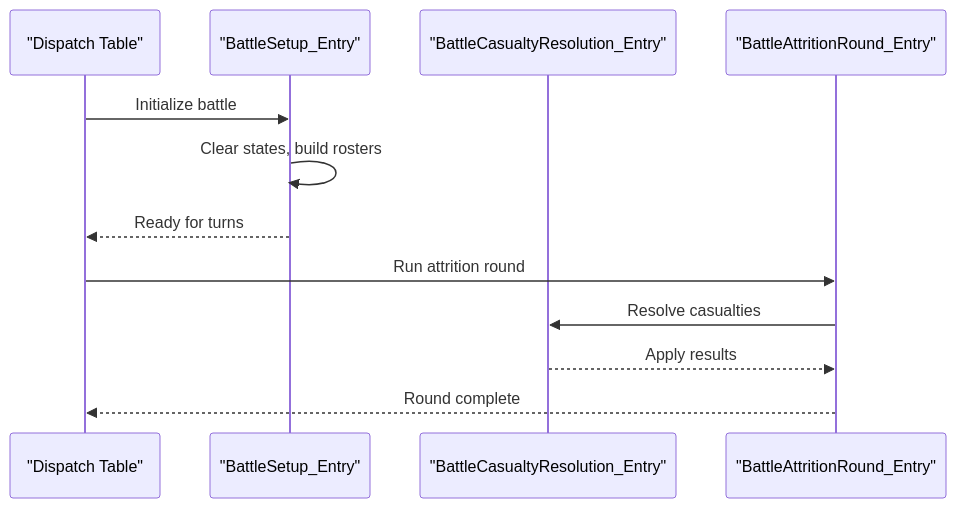
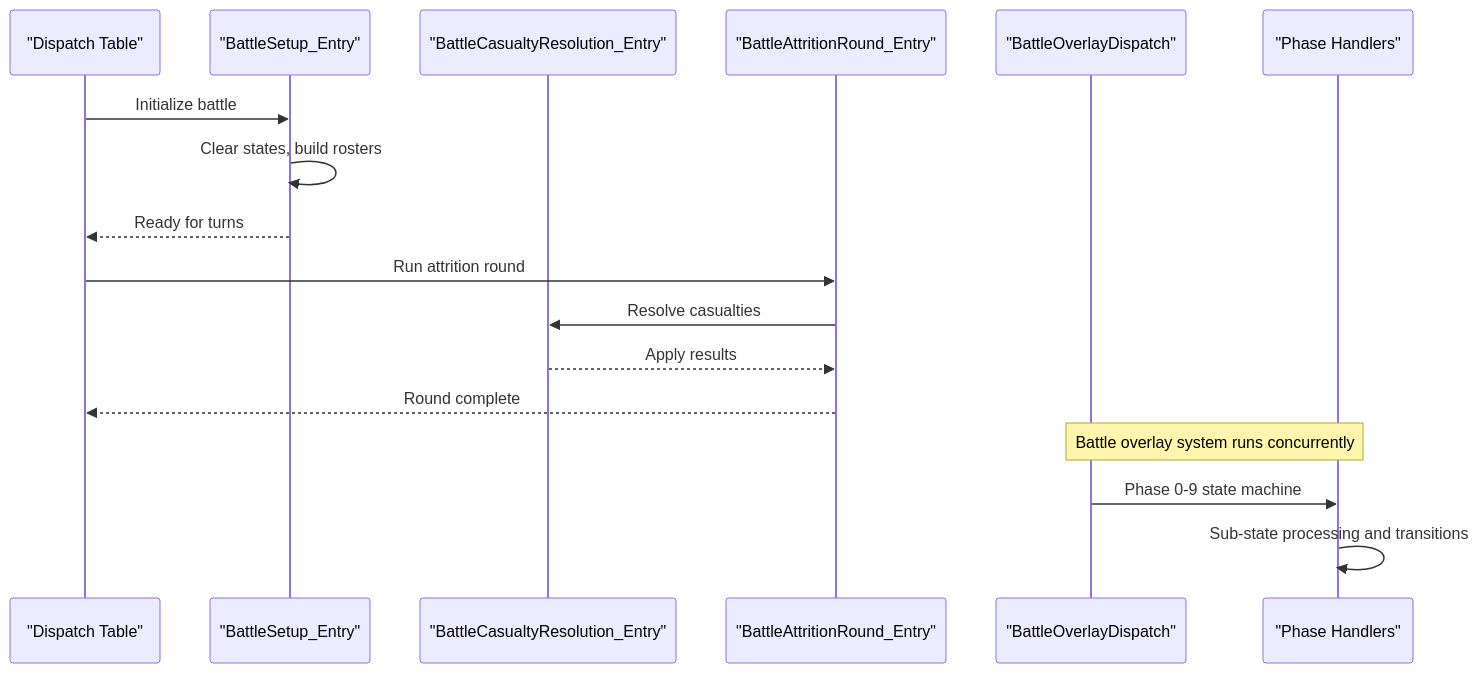
The eighth of 10 diagrams in .qoder/repowiki/en/content/Assembly Architecture/Bank Organization and Memory Layout/Battle and AI System - PRG Banks $08_$09.md (rabbyzero/sango2dasm), drawn with Mermaid before and after one commit. The commit also changed other lines of this file and 33 other files, not shown here.

````diff
--- a/.qoder/repowiki/en/content/Assembly Architecture/Bank Organization and Memory Layout/Battle and AI System - PRG Banks $08_$09.md
+++ b/.qoder/repowiki/en/content/Assembly Architecture/Bank Organization and Memory Layout/Battle and AI System - PRG Banks $08_$09.md
@@ -303,14 +343,19 @@
 ```mermaid
 sequenceDiagram
 participant DT as "Dispatch Table"
 participant BS as "BattleSetup_Entry"
 participant CR as "BattleCasualtyResolution_Entry"
 participant AR as "BattleAttritionRound_Entry"
+participant BO as "BattleOverlayDispatch"
+participant PH as "Phase Handlers"
 DT->>BS : Initialize battle
 BS->>BS : Clear states, build rosters
 BS-->>DT : Ready for turns
 DT->>AR : Run attrition round
 AR->>CR : Resolve casualties
 CR-->>AR : Apply results
 AR-->>DT : Round complete
+Note over BO,PH : Battle overlay system runs concurrently
+BO->>PH : Phase 0-9 state machine
+PH->>PH : Sub-state processing and transitions
 ```
````
